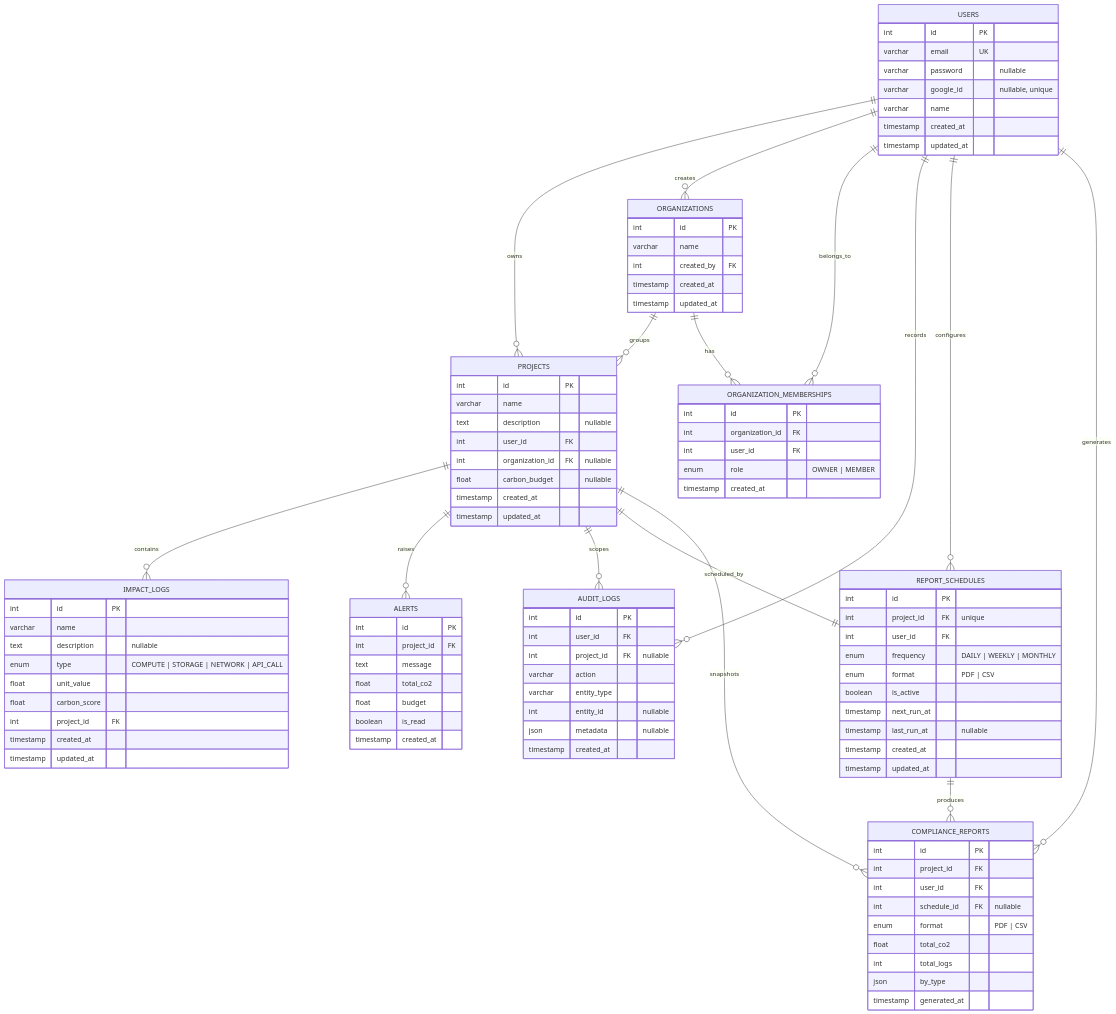
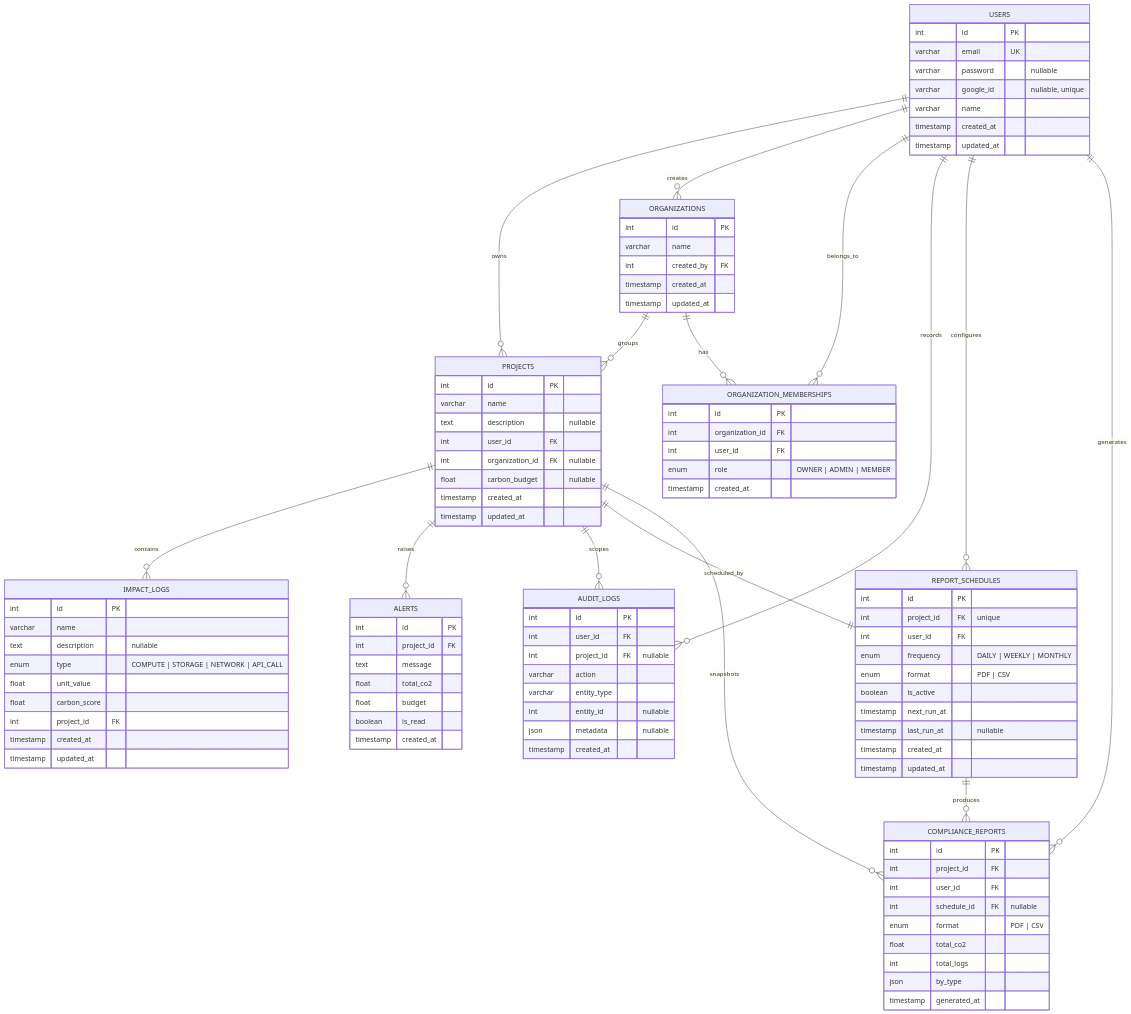
The diagram in ErDiagram.md (IronwallxR5/GreenPulse), drawn with Mermaid before and after one commit. The commit also changed 16 other files, not shown here.

Commit message:
implement RBAC with OWNER/ADMIN/MEMBER permissions and organization role management UI

```diff
--- a/ErDiagram.md
+++ b/ErDiagram.md
@@ -37,7 +37,7 @@
         int id PK
         int organization_id FK
         int user_id FK
-        enum role "OWNER | MEMBER"
+        enum role "OWNER | ADMIN | MEMBER"
         timestamp created_at
     }
 
```
